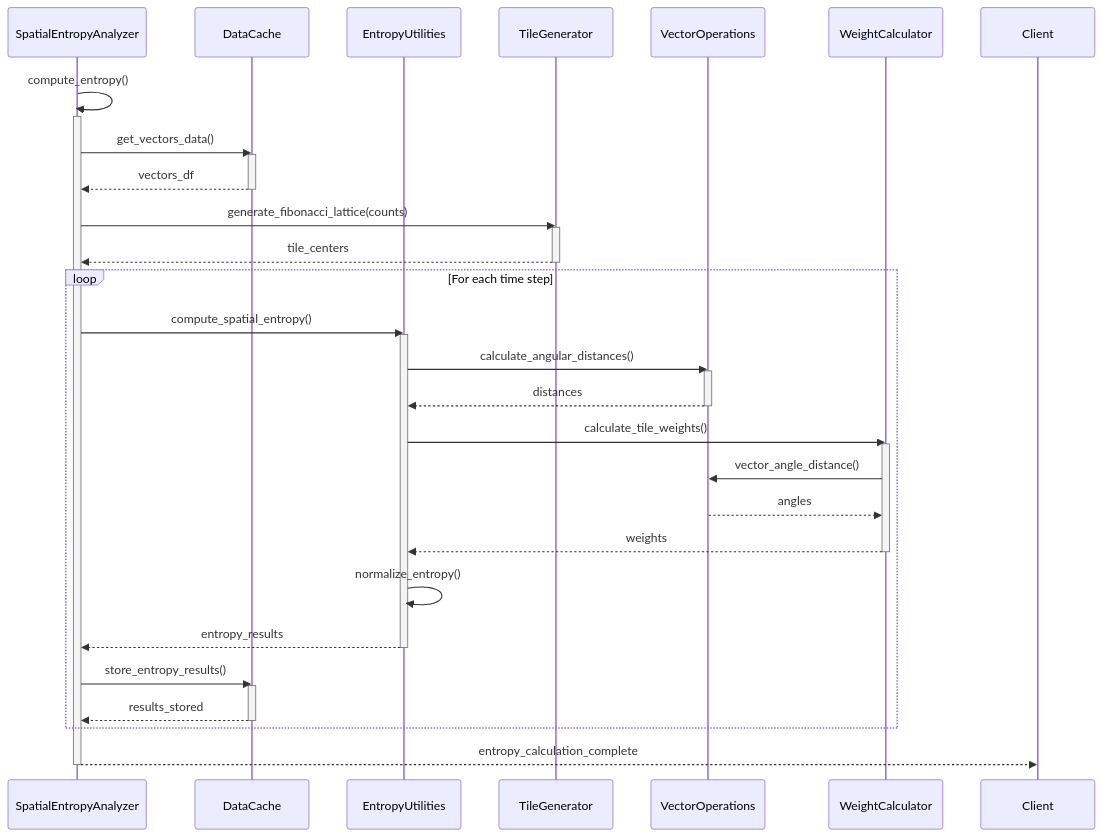
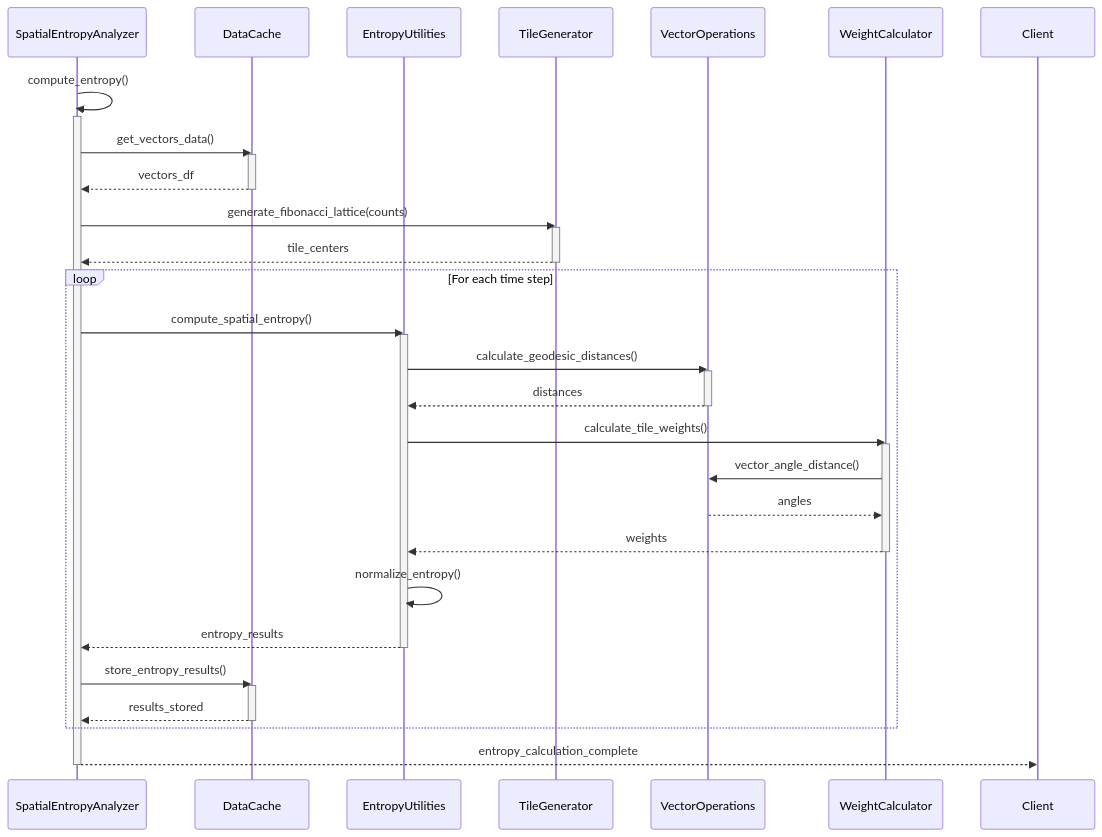
The diagram in docs/tutorials/sequence_diagrams/entropy-calculation-detailed.mermaid (IamArmanNikkhah/viewport-entropy-toolkit), drawn with Mermaid before and after one commit. The commit also changed 6 other files, not shown here.

Commit message:
Renamed Angular Distance to Geodesic Distance for clarity to match with paper.

```diff
--- a/docs/tutorials/sequence_diagrams/entropy-calculation-detailed.mermaid
+++ b/docs/tutorials/sequence_diagrams/entropy-calculation-detailed.mermaid
@@ -1,49 +1,49 @@
 sequenceDiagram
     participant Analyzer as SpatialEntropyAnalyzer
     participant Cache as DataCache
     participant EntropyUtils as EntropyUtilities
     participant TileGen as TileGenerator
     participant VectorOps as VectorOperations
     participant WeightCalc as WeightCalculator
     
     Analyzer->>Analyzer: compute_entropy()
     activate Analyzer
     
     Analyzer->>Cache: get_vectors_data()
     activate Cache
     Cache-->>Analyzer: vectors_df
     deactivate Cache
     
     Analyzer->>TileGen: generate_fibonacci_lattice(counts)
     activate TileGen
     TileGen-->>Analyzer: tile_centers
     deactivate TileGen
     
     loop For each time step
         Analyzer->>EntropyUtils: compute_spatial_entropy()
         activate EntropyUtils
         
-        EntropyUtils->>VectorOps: calculate_angular_distances()
+        EntropyUtils->>VectorOps: calculate_geodesic_distances()
         activate VectorOps
         VectorOps-->>EntropyUtils: distances
         deactivate VectorOps
         
         EntropyUtils->>WeightCalc: calculate_tile_weights()
         activate WeightCalc
         WeightCalc->>VectorOps: vector_angle_distance()
         VectorOps-->>WeightCalc: angles
         WeightCalc-->>EntropyUtils: weights
         deactivate WeightCalc
         
         EntropyUtils->>EntropyUtils: normalize_entropy()
         EntropyUtils-->>Analyzer: entropy_results
         deactivate EntropyUtils
         
         Analyzer->>Cache: store_entropy_results()
         activate Cache
         Cache-->>Analyzer: results_stored
         deactivate Cache
     end
     
     Analyzer-->>Client: entropy_calculation_complete
     deactivate Analyzer
```
